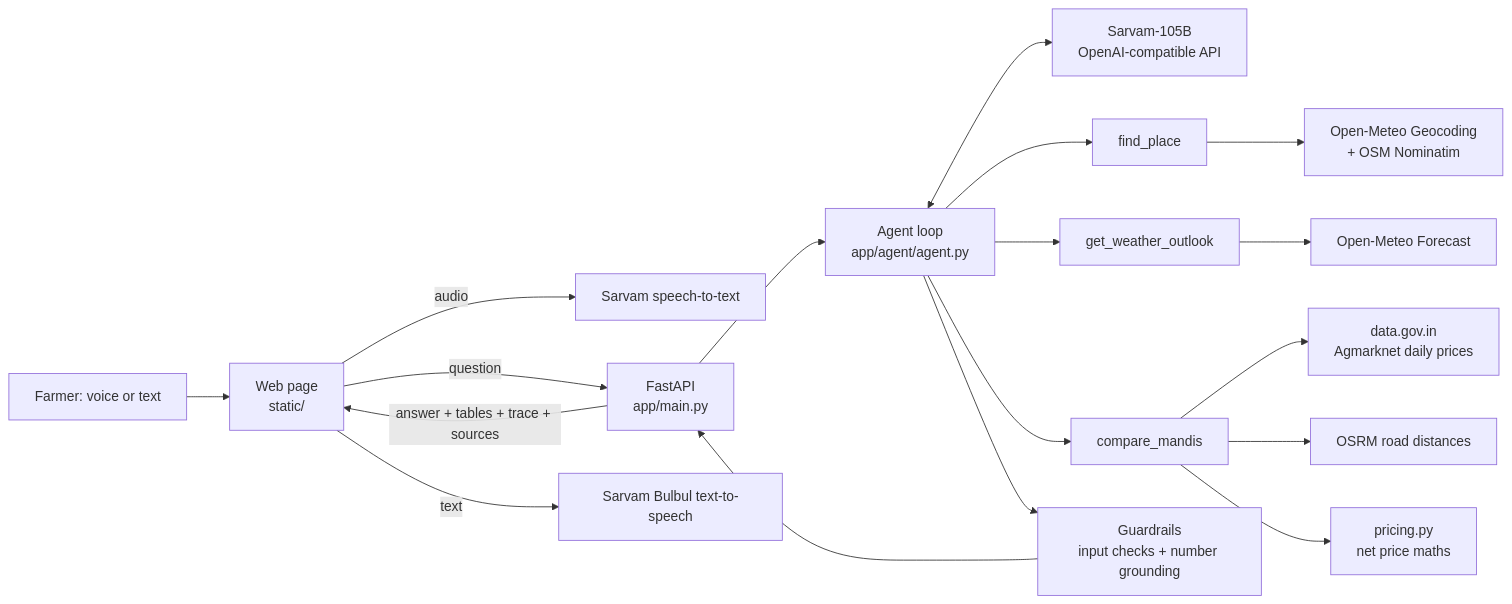
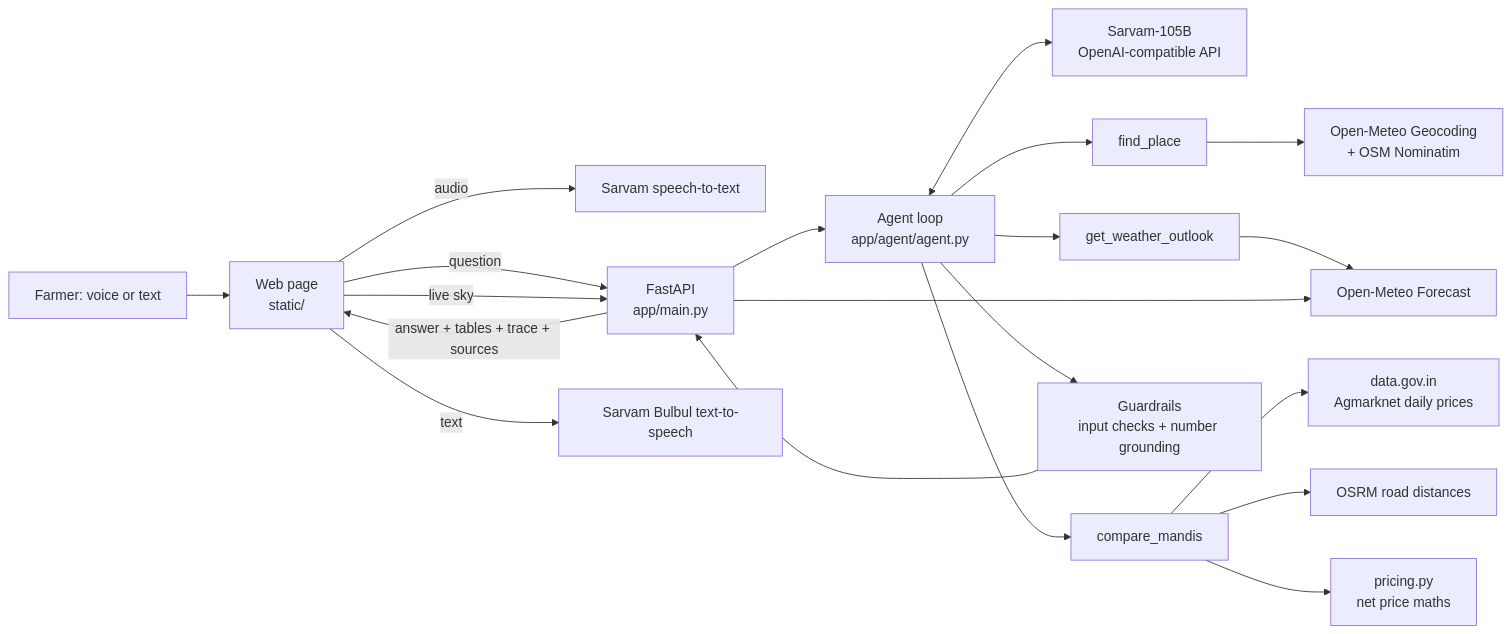
Before and after one commit to KunalwritesCode/mandi-mausam: the diagram in README.md, drawn with Mermaid. The commit also changed other lines of this file and 2 other files, not shown here.

````diff
--- a/README.md
+++ b/README.md
@@ -69,20 +77,22 @@
 ```mermaid
 flowchart LR
   U[Farmer: voice or text] --> FE[Web page<br/>static/]
   FE -- audio --> STT[Sarvam speech-to-text]
   FE -- question --> API[FastAPI<br/>app/main.py]
   API --> AG[Agent loop<br/>app/agent/agent.py]
   AG <--> LLM[Sarvam-105B<br/>OpenAI-compatible API]
   AG --> T1[find_place]
   AG --> T2[get_weather_outlook]
   AG --> T3[compare_mandis]
   T1 --> GEO[Open-Meteo Geocoding<br/>+ OSM Nominatim]
   T2 --> WX[Open-Meteo Forecast]
   T3 --> DG[data.gov.in<br/>Agmarknet daily prices]
   T3 --> OSRM[OSRM road distances]
   T3 --> PR[pricing.py<br/>net price maths]
   AG --> GR[Guardrails<br/>input checks + number grounding]
   GR --> API
   API -- answer + tables + trace + sources --> FE
   FE -- text --> TTS[Sarvam Bulbul text-to-speech]
+  FE -- live sky --> API
+  API --> WX
 ```
````
